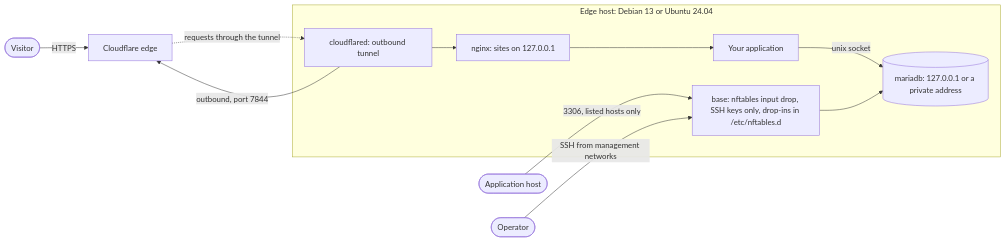
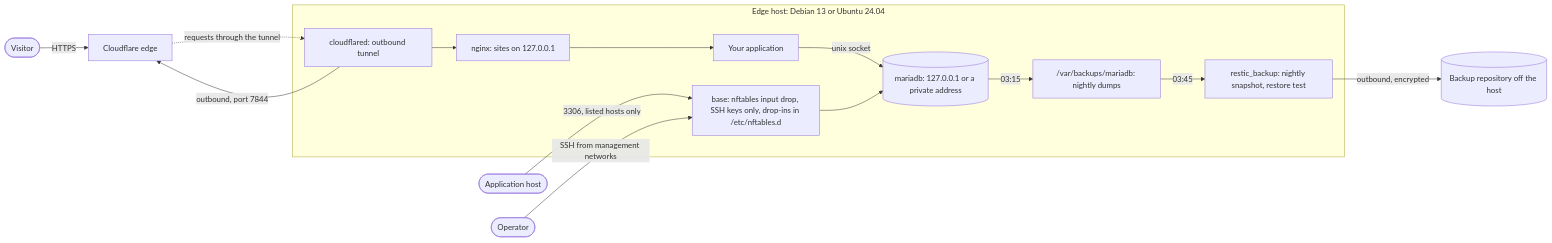
One commit to luminare-dev/ansible-collection-infra_edge changed the diagram in README.md. Above: the diagram before and after it, drawn with Mermaid. The commit also changed other lines of this file and 50 other files, not shown here.

First line of the commit message:
feat(restic_backup): add the restic backup role with a restore test (#10)

````diff
--- a/README.md
+++ b/README.md
@@ -81,17 +86,21 @@
 ```mermaid
 flowchart LR
     visitor(["Visitor"]) -->|"HTTPS"| cf["Cloudflare edge"]
     subgraph host["Edge host: Debian 13 or Ubuntu 24.04"]
         fw["base: nftables input drop, SSH keys only, drop-ins in /etc/nftables.d"]
         tunnel["cloudflared: outbound tunnel"]
         web["nginx: sites on 127.0.0.1"]
         app["Your application"]
         db[("mariadb: 127.0.0.1 or a private address")]
+        dumps["/var/backups/mariadb: nightly dumps"]
+        backup["restic_backup: nightly snapshot, restore test"]
     end
     tunnel -->|"outbound, port 7844"| cf
     cf -.->|"requests through the tunnel"| tunnel
     tunnel --> web --> app -->|"unix socket"| db
     apphost(["Application host"]) -->|"3306, listed hosts only"| fw
     fw --> db
     admin(["Operator"]) -->|"SSH from management networks"| fw
+    db -->|"03:15"| dumps -->|"03:45"| backup
+    backup -->|"outbound, encrypted"| repo[("Backup repository off the host")]
 ```
````
